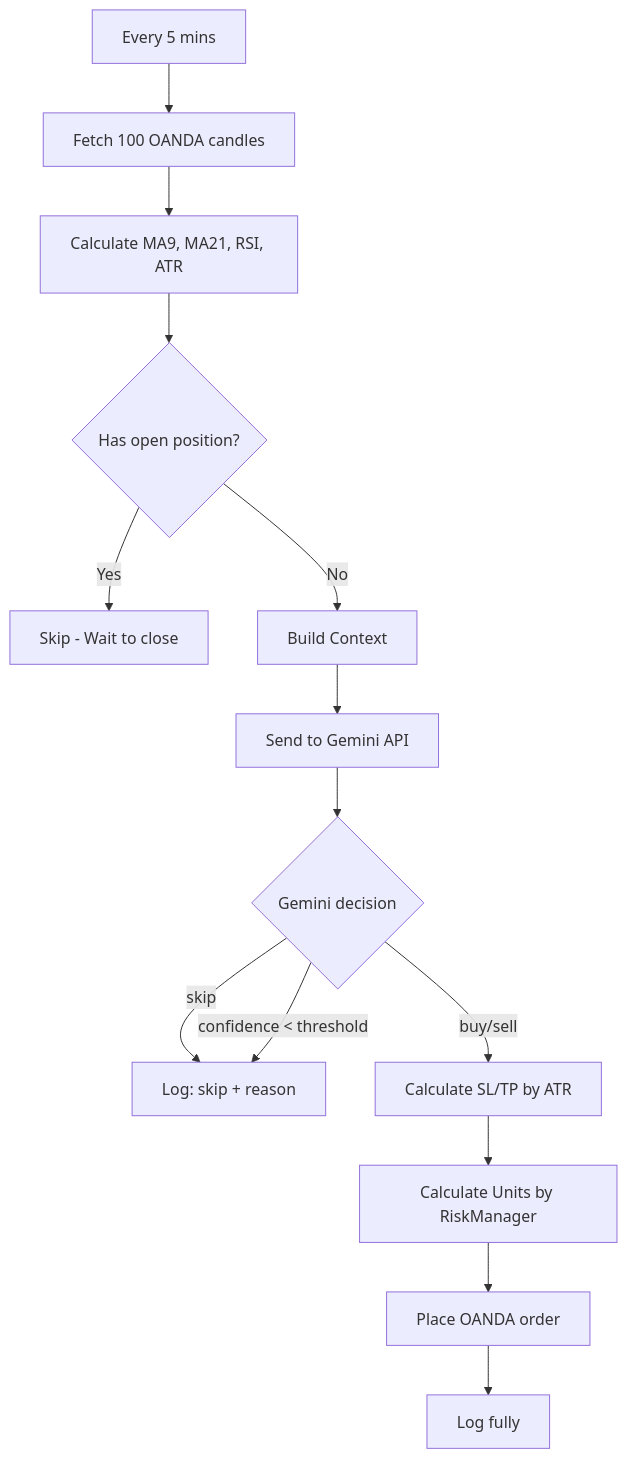
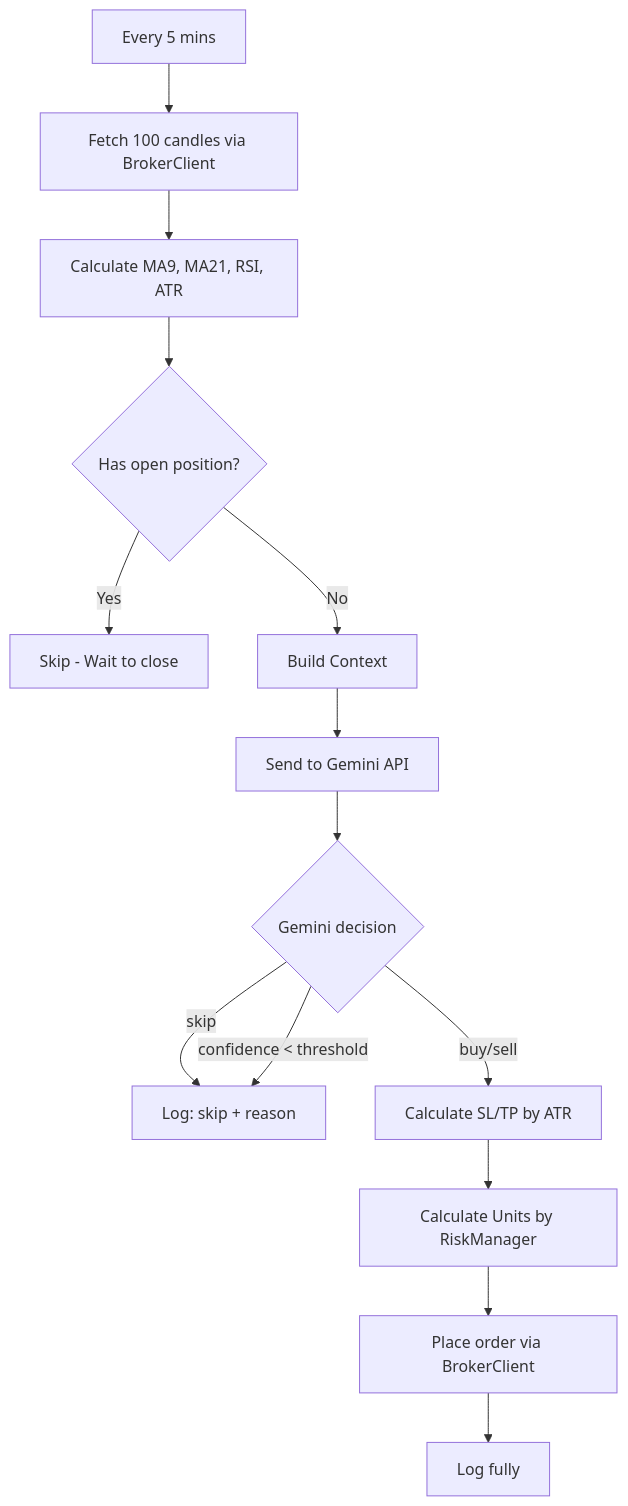
The diagram in docs/ARCHITECTURE.md (ptphat77/ai-trading), drawn with Mermaid before and after one commit. The commit also changed other lines of this file and 6 other files, not shown here.

````diff
--- a/docs/ARCHITECTURE.md
+++ b/docs/ARCHITECTURE.md
@@ -124,16 +137,16 @@
 ```mermaid
 flowchart TD
-    A[Every 5 mins] --> B[Fetch 100 OANDA candles]
+    A[Every 5 mins] --> B[Fetch 100 candles via BrokerClient]
     B --> C[Calculate MA9, MA21, RSI, ATR]
     C --> D{Has open position?}
     D -- Yes --> E[Skip - Wait to close]
     D -- No --> F[Build Context]
     F --> G[Send to Gemini API]
     G --> H{Gemini decision}
     H -- skip --> I[Log: skip + reason]
     H -- confidence < threshold --> I
     H -- buy/sell --> J[Calculate SL/TP by ATR]
     J --> K[Calculate Units by RiskManager]
-    K --> L[Place OANDA order]
+    K --> L[Place order via BrokerClient]
     L --> M[Log fully]
 ```
````
